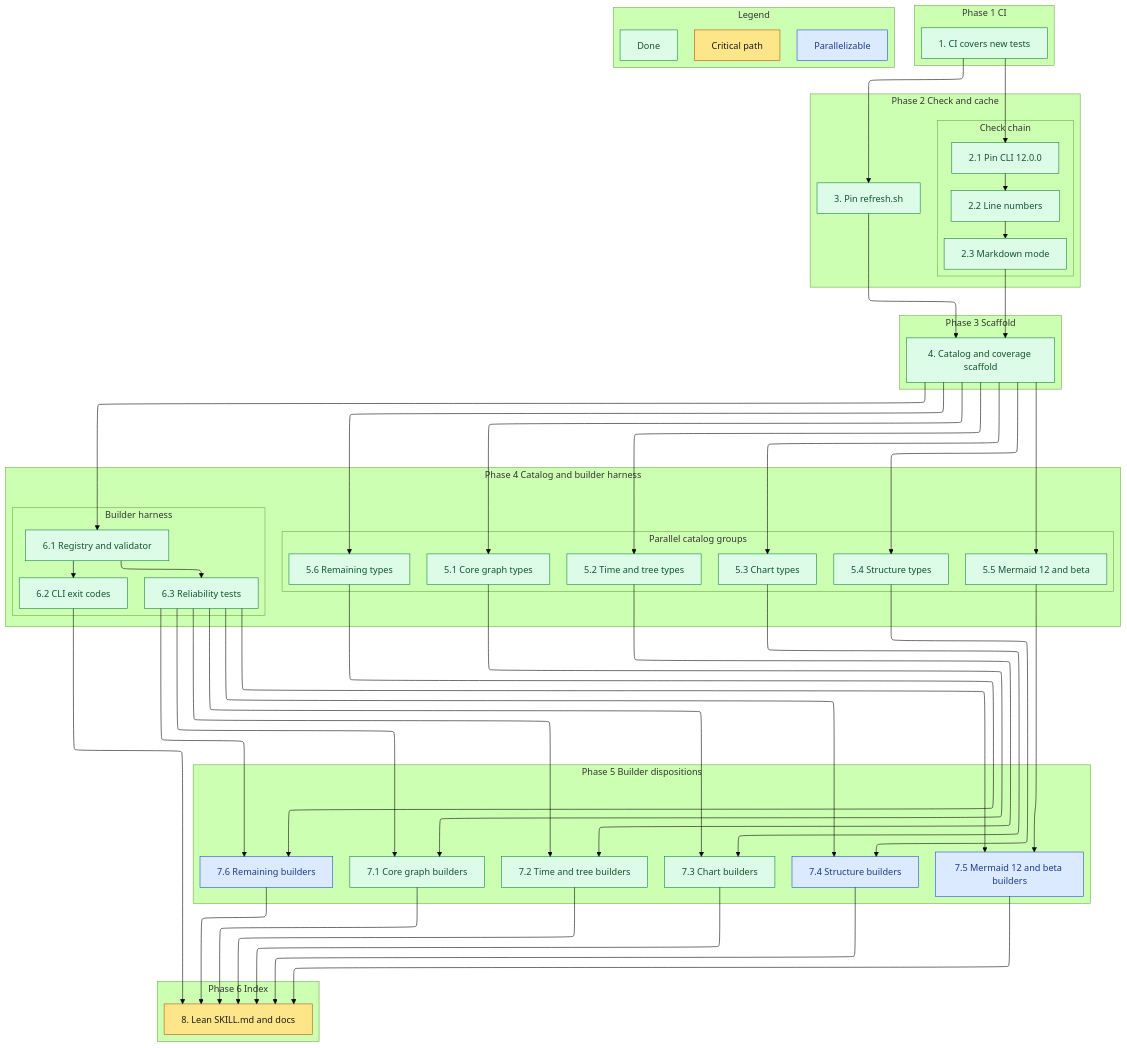
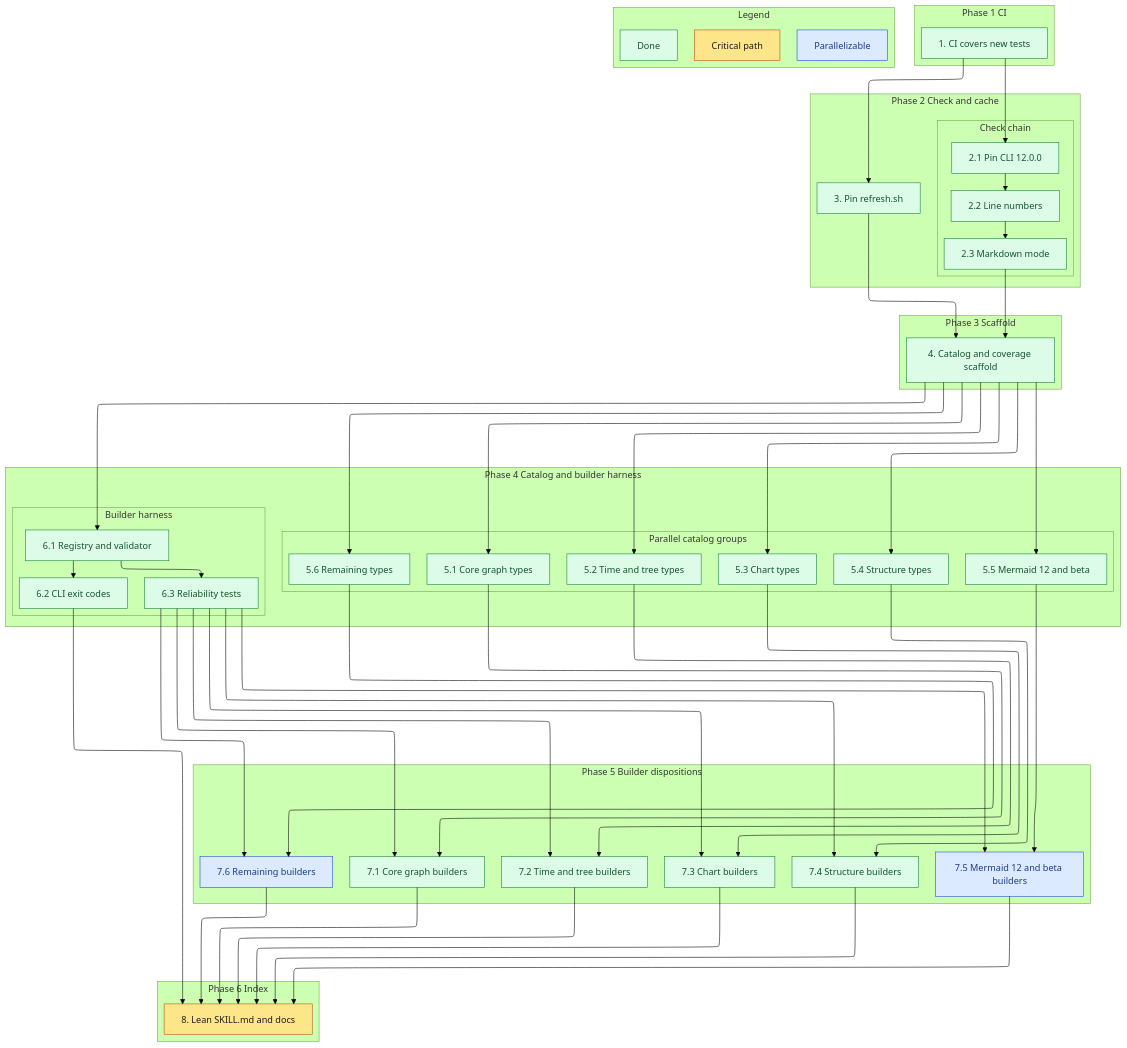
One commit to sohampatwardhan/mermaid-skill changed the diagram in .kiro/specs/mermaid-catalog/tasks.md. Above: the diagram before and after it, drawn with Mermaid (forest theme). The commit also changed other lines of this file and 28 other files, not shown here.

````diff
--- a/.kiro/specs/mermaid-catalog/tasks.md
+++ b/.kiro/specs/mermaid-catalog/tasks.md
@@ -94,7 +94,7 @@
   classDef critical fill:#fde68a,stroke:#b45309,color:#1c1917
   classDef parallel fill:#dbeafe,stroke:#1d4ed8,color:#1e3a8a
   classDef done fill:#dcfce7,stroke:#15803d,color:#14532d
-  class t1,t2_1,t2_2,t2_3,t3,t4,t5_1,t5_2,t5_3,t5_4,t5_5,t5_6,t6_1,t6_2,t6_3,t7_1,t7_2,t7_3,ld done
+  class t1,t2_1,t2_2,t2_3,t3,t4,t5_1,t5_2,t5_3,t5_4,t5_5,t5_6,t6_1,t6_2,t6_3,t7_1,t7_2,t7_3,t7_4,ld done
   class t8,lc critical
-  class t7_4,t7_5,t7_6,lp parallel
+  class t7_5,t7_6,lp parallel
 ```
````
